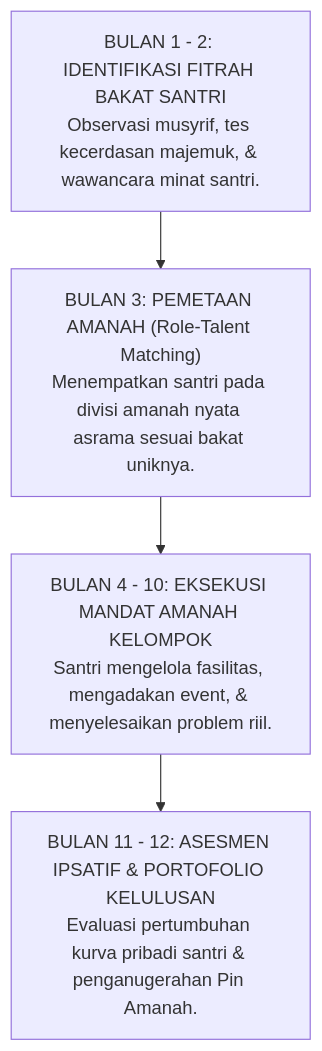
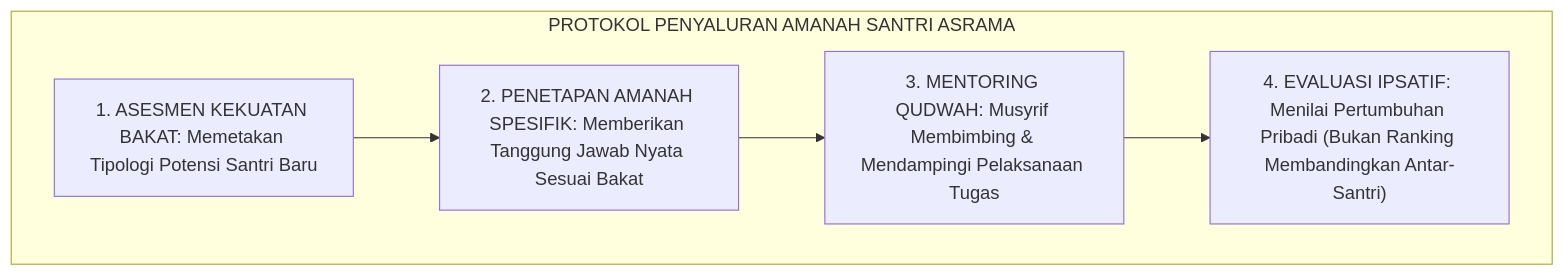
The fourth of 4 diagrams in 01 Philosophy/02 Human Nature/P1-02-03-Potensi-dan-Amanah.md (wandiapriliyandi/tumbuh), drawn with Mermaid before and after one commit. The commit also changed other lines of this file and 6 other files, not shown here.

````diff
--- a/01 Philosophy/02 Human Nature/P1-02-03-Potensi-dan-Amanah.md
+++ b/01 Philosophy/02 Human Nature/P1-02-03-Potensi-dan-Amanah.md
@@ -417,9 +186,9 @@
 ```mermaid
 flowchart TD
-    Identify["BULAN 1 - 2: IDENTIFIKASI FITRAH BAKAT SANTRI<br/>Observasi musyrif, tes kecerdasan majemuk, & wawancara minat santri."]
-    --> Match["BULAN 3: PEMETAAN AMANAH (Role-Talent Matching)<br/>Menempatkan santri pada divisi amanah nyata asrama sesuai bakat uniknya."]
-    
-    Match --> Execute["BULAN 4 - 10: EKSEKUSI MANDAT AMANAH KELOMPOK<br/>Santri mengelola fasilitas, mengadakan event, & menyelesaikan problem riil."]
-    
-    Execute --> Evaluate["BULAN 11 - 12: ASESMEN IPSATIF & PORTOFOLIO KELULUSAN<br/>Evaluasi pertumbuhan kurva pribadi santri & penganugerahan Pin Amanah."]
+    subgraph ProtokolAmanahAsrama["PROTOKOL PENYALURAN AMANAH SANTRI ASRAMA"]
+        Peta["1. ASESMEN KEKUATAN BAKAT: Memetakan Tipologi Potensi Santri Baru"]
+        --> Amanah["2. PENETAPAN AMANAH SPESIFIK: Memberikan Tanggung Jawab Nyata Sesuai Bakat"]
+        --> Mentoring["3. MENTORING QUDWAH: Musyrif Membimbing & Mendampingi Pelaksanaan Tugas"]
+        --> Evaluasi["4. EVALUASI IPSATIF: Menilai Pertumbuhan Pribadi (Bukan Ranking Membandingkan Antar-Santri)"]
+    end
 ```
````
